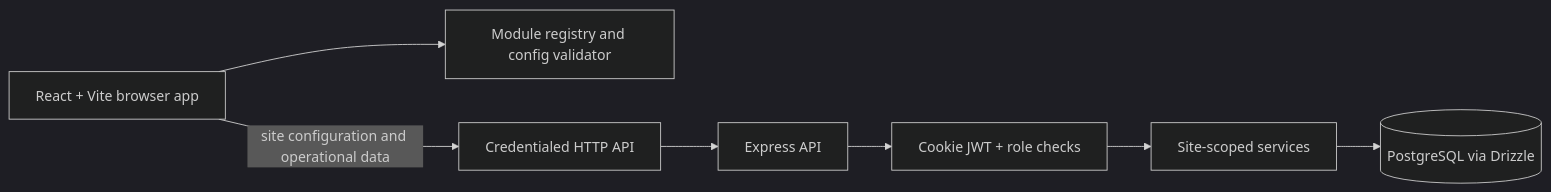
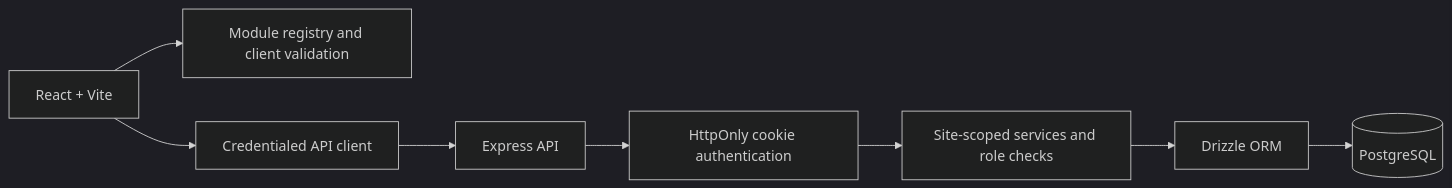
One commit to adil162006/opshub-ps3-3 changed the diagram in docs/architecture.md. Above: the diagram before and after it, drawn with Mermaid (dark theme). The commit also changed other lines of this file and 14 other files, not shown here.

Commit message:
Refactor data model documentation for clarity and detail; add demo runbook and judge demo guides; enhance setup instructions; improve operational workflows; update Repair view for status management

````diff
--- a/docs/architecture.md
+++ b/docs/architecture.md
@@ -5,13 +7,18 @@
 ```mermaid
 flowchart LR
-  Browser[React + Vite browser app]
-  Registry[Module registry and config validator]
-  Http[Credentialed HTTP API]
-  Api[Express API]
-  Auth[Cookie JWT + role checks]
-  Services[Site-scoped services]
-  DB[(PostgreSQL via Drizzle)]
+  Browser[React + Vite]
+  Registry[Module registry and client validation]
+  Client[Credentialed API client]
+  Express[Express API]
+  Auth[HttpOnly cookie authentication]
+  Services[Site-scoped services and role checks]
+  Drizzle[Drizzle ORM]
+  Postgres[(PostgreSQL)]
   Browser --> Registry
-  Browser -->|site configuration and operational data| Http --> Api
-  Api --> Auth --> Services --> DB
+  Browser --> Client
+  Client --> Express
+  Express --> Auth
+  Auth --> Services
+  Services --> Drizzle
+  Drizzle --> Postgres
 ```
````
